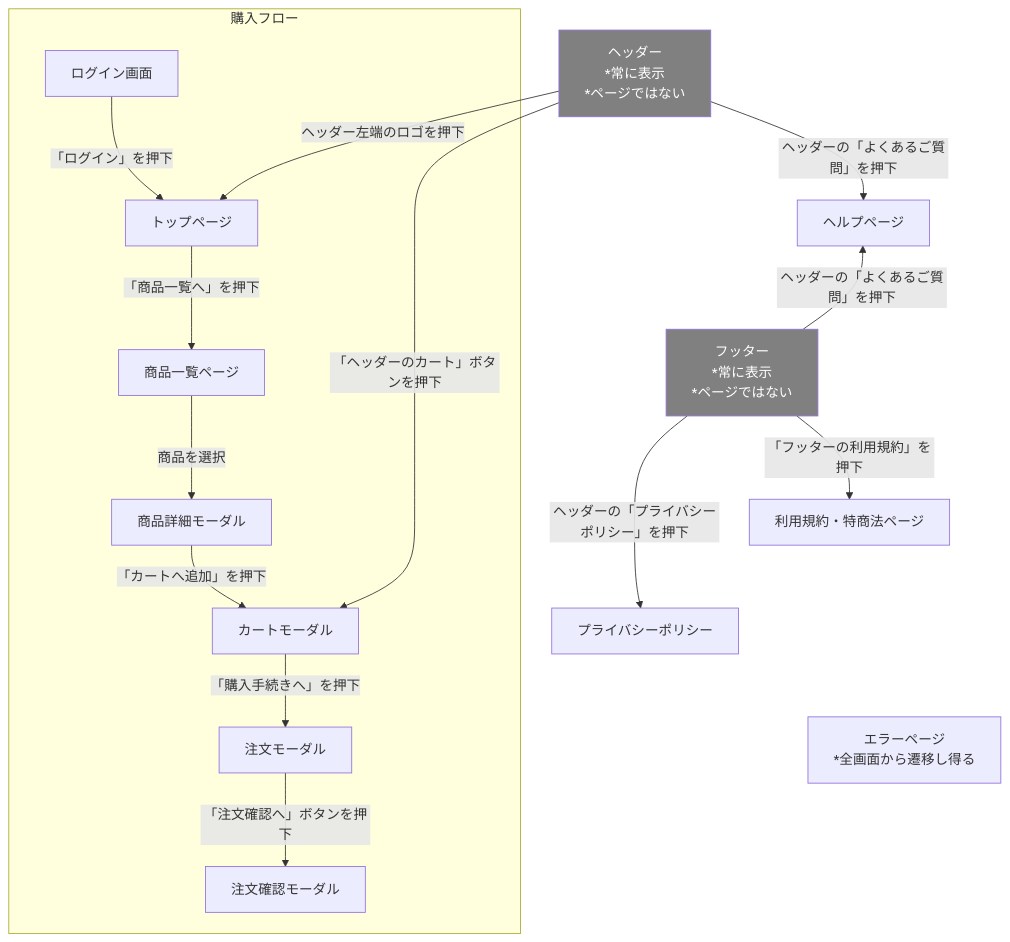
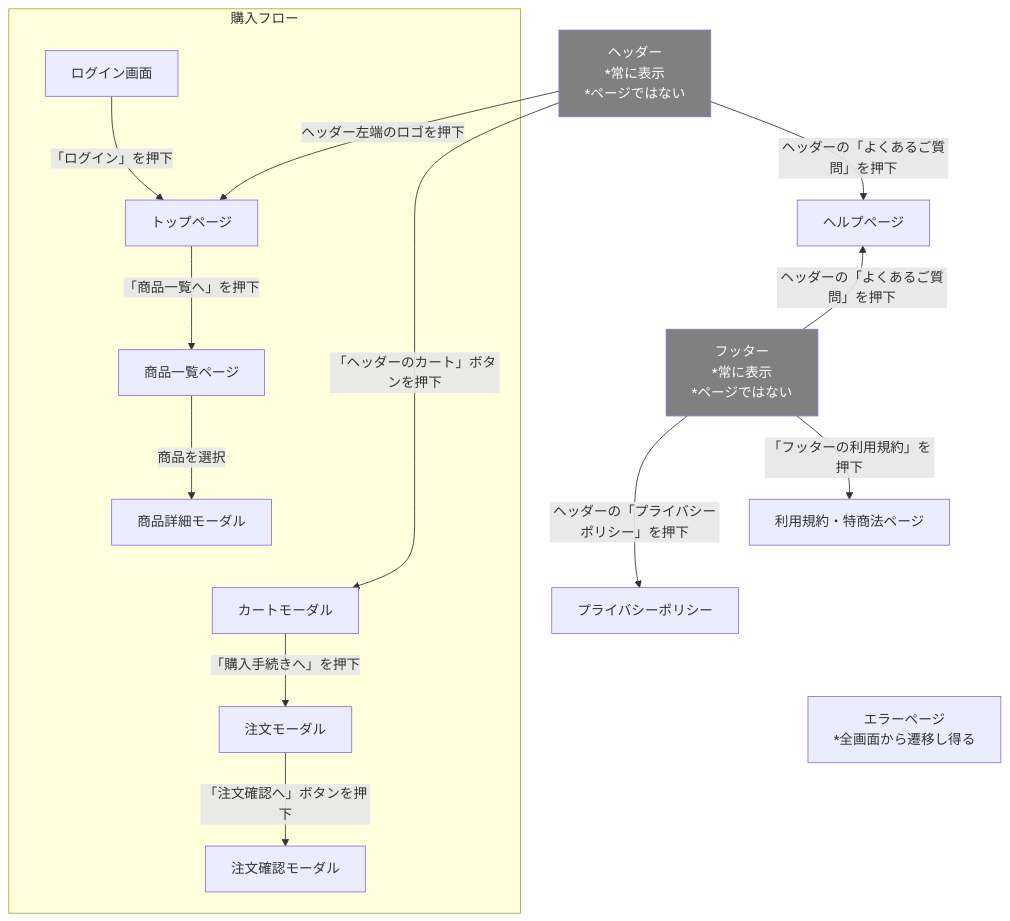
The diagram in 基本設計/画面設計/画面遷移図/フロントエンド画面遷移図.md (Aoi-Yaegashi/teamF), drawn with Mermaid before and after one commit.

Commit message:
画面遷移図/ 顧客側更新どね

````diff
--- a/基本設計/画面設計/画面遷移図/フロントエンド画面遷移図.md
+++ b/基本設計/画面設計/画面遷移図/フロントエンド画面遷移図.md
@@ -1,53 +1,53 @@
 ```mermaid
 graph TD
 
 subgraph 購入フロー
 
 %% ログイン画面からの遷移
 F14[ログイン画面] -->| 「ログイン」を押下| F01[トップページ]
 
 %% トップページからの遷移
 F01[トップページ] -->|「商品一覧へ」を押下| F02[商品一覧ページ]
 
 %% 商品一覧から詳細へ
 F02 -->|商品を選択| F03[商品詳細モーダル]
 
 %% 商品詳細からカートへ
-F03 --> |「カートへ追加」を押下|F04[カートモーダル]
+F03 ~~~ F04[カートモーダル]
 
 %% カートから購入へ
 F04 -->|「購入手続きへ」を押下| F05[注文モーダル]
 
 %% 注文確認画面
 F05 -->|「注文確認へ」ボタンを押下| F06[注文確認モーダル]
 
 end
 
 %% ヘッダー（常に表示）
 F13[ヘッダー
 *常に表示
 *ページではない] -->|ヘッダー左端のロゴを押下| F01
 F13 --> |「ヘッダーのカート」ボタンを押下|F04
 F13 -->|ヘッダーの「よくあるご質問」を押下| F11[ヘルプページ]
 classDef gray fill:gray,color:white;
 class F13 gray;
 
 %% フッター（常に表示）
 F15[フッター
 *常に表示
 *ページではない] --> |「フッターの利用規約」を押下|F08[利用規約・特商法ページ]
 F15 -->|ヘッダーの「プライバシーポリシー」を押下| F09[プライバシーポリシー]
 F15 -->|ヘッダーの「よくあるご質問」を押下| F11[ヘルプページ]
 classDef gray fill:gray,color:white;
 class F15 gray;
 
 %% エラーページ（どこからでも遷移し得る）
 F09 ~~~ F10[エラーページ
 *全画面から遷移し得る]
 F08 ~~~ F10
 F11 ~~~ F10
 
 %% 位置調整
 F08 ~~~ F09
 F11 ~~~ F15
 ```
````
